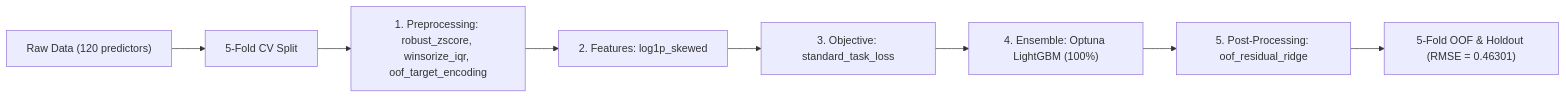
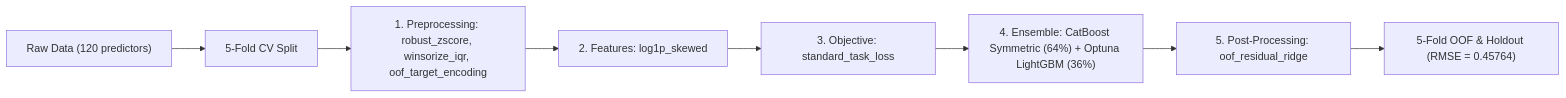
The diagram in README.md (stefanoclss/UM-Game-Playing-Strength-of-MCTS-Variants), drawn with Mermaid before and after one commit. The commit also changed other lines of this file, not shown here.

First line of the commit message:
docs(readme): refresh verified OOF benchmark & build ledger (RMSE=0.45764)

````diff
--- a/README.md
+++ b/README.md
@@ -72,10 +75,10 @@
 ```mermaid
 flowchart LR
     DATA["Raw Data (120 predictors)"] --> SPLIT["5-Fold CV Split"]
     SPLIT --> PRE["1. Preprocessing: robust_zscore, winsorize_iqr, oof_target_encoding"]
     PRE --> FEAT["2. Features: log1p_skewed"]
     FEAT --> OBJ["3. Objective: standard_task_loss"]
-    OBJ --> M0["4. Ensemble: Optuna LightGBM (100%)"]
+    OBJ --> M0["4. Ensemble: CatBoost Symmetric (64%) + Optuna LightGBM (36%)"]
     M0 --> POST["5. Post-Processing: oof_residual_ridge"]
-    POST --> OUT["5-Fold OOF & Holdout (RMSE = 0.46301)"]
+    POST --> OUT["5-Fold OOF & Holdout (RMSE = 0.45764)"]
 ```
````
